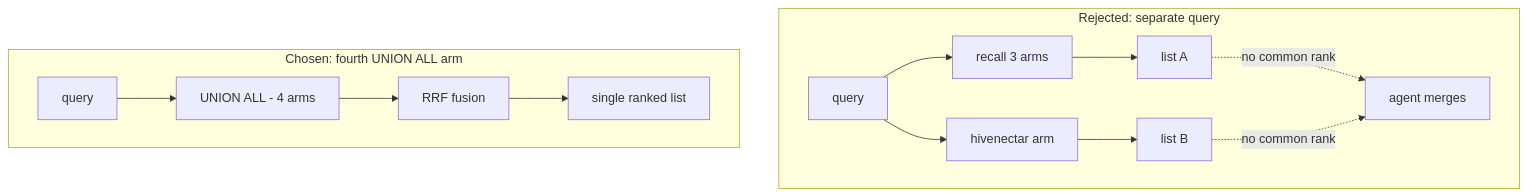
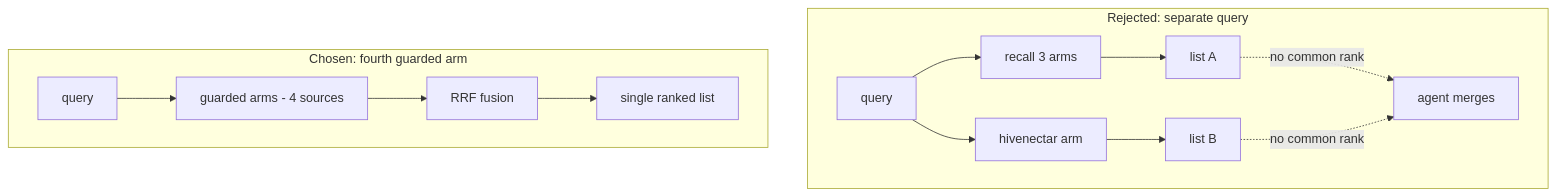
Before and after one commit to legioncodeinc/nectar: the second of 2 diagrams in library/knowledge/private/data/recall-integration-deep-dive/recall-integration-introduction-and-theory.md, drawn with Mermaid. The commit also changed other lines of this file and 125 other files, not shown here.

````diff
--- a/library/knowledge/private/data/recall-integration-deep-dive/recall-integration-introduction-and-theory.md
+++ b/library/knowledge/private/data/recall-integration-deep-dive/recall-integration-introduction-and-theory.md
@@ -81,16 +81,16 @@
 ```mermaid
 flowchart TD
     subgraph rejected["Rejected: separate query"]
         q1["query"] --> r1["recall 3 arms"]
         q1 --> h1["hivenectar arm"]
         r1 --> l1["list A"]
         h1 --> l2["list B"]
         l1 -. no common rank .-> merge1["agent merges"]
         l2 -. no common rank .-> merge1
     end
-    subgraph chosen["Chosen: fourth UNION ALL arm"]
-        q2["query"] --> u["UNION ALL - 4 arms"]
+    subgraph chosen["Chosen: fourth guarded arm"]
+        q2["query"] --> u["guarded arms - 4 sources"]
         u --> rrf["RRF fusion"]
         rrf --> single["single ranked list"]
     end
 ```
````
